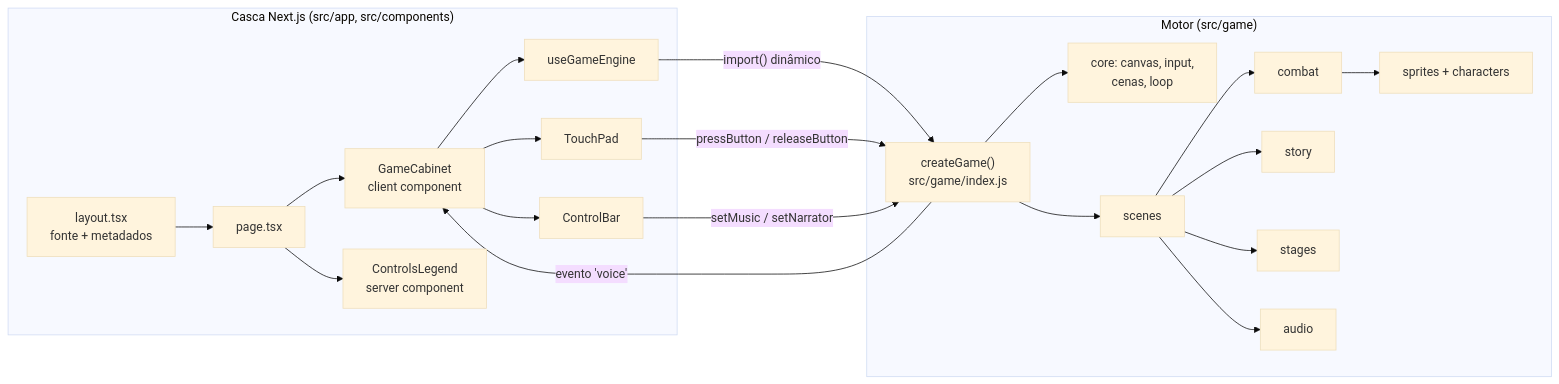
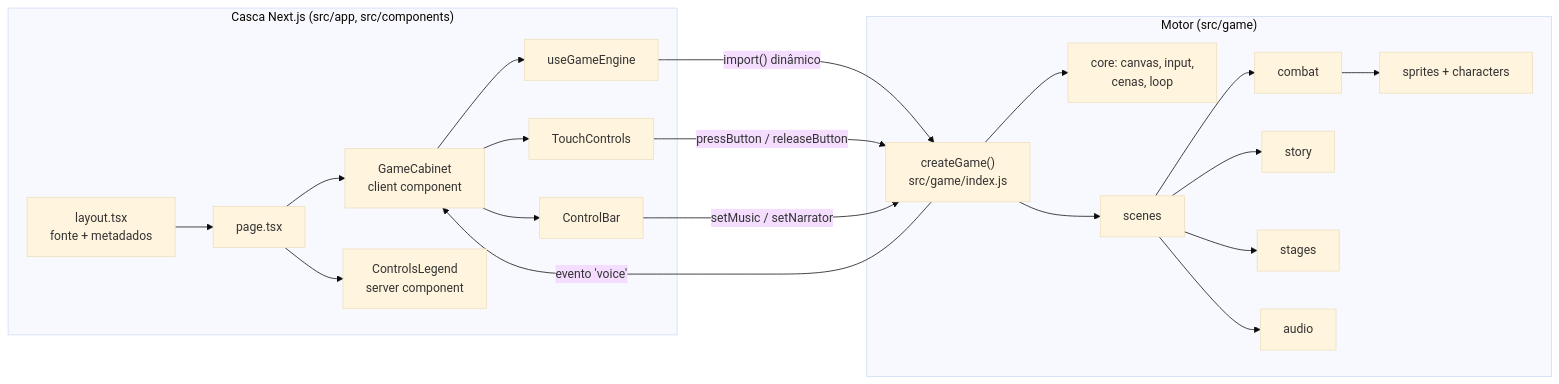
The diagram in docs/tecnico/01-arquitetura.md (Le-Jr/brainrot-battle), drawn with Mermaid (base theme) before and after one commit. The commit also changed other lines of this file and 6 other files, not shown here.

````diff
--- a/docs/tecnico/01-arquitetura.md
+++ b/docs/tecnico/01-arquitetura.md
@@ -10,24 +10,24 @@
 ```mermaid
 flowchart LR
   subgraph Next["Casca Next.js (src/app, src/components)"]
     L[layout.tsx<br/>fonte + metadados] --> P[page.tsx]
     P --> GC[GameCabinet<br/>client component]
     GC --> CB[ControlBar]
-    GC --> TP[TouchPad]
+    GC --> TP[TouchControls]
     P --> CL[ControlsLegend<br/>server component]
     GC --> H[useGameEngine]
   end
   H -- "import() dinâmico" --> API["createGame()<br/>src/game/index.js"]
   subgraph Engine["Motor (src/game)"]
     API --> CORE[core: canvas, input,<br/>cenas, loop]
     API --> SC[scenes]
     SC --> CMB[combat]
     SC --> ST[story]
     CMB --> SPR[sprites + characters]
     SC --> STG[stages]
     SC --> AUD[audio]
   end
   TP -- "pressButton / releaseButton" --> API
   CB -- "setMusic / setNarrator" --> API
   API -- "evento 'voice'" --> GC
 ```
````
